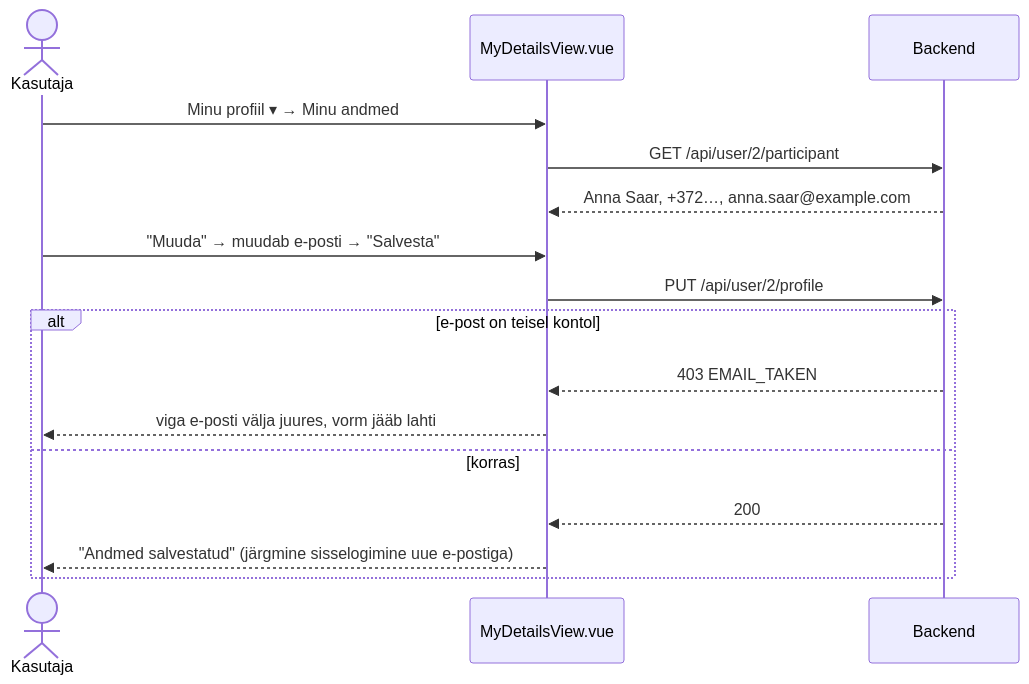
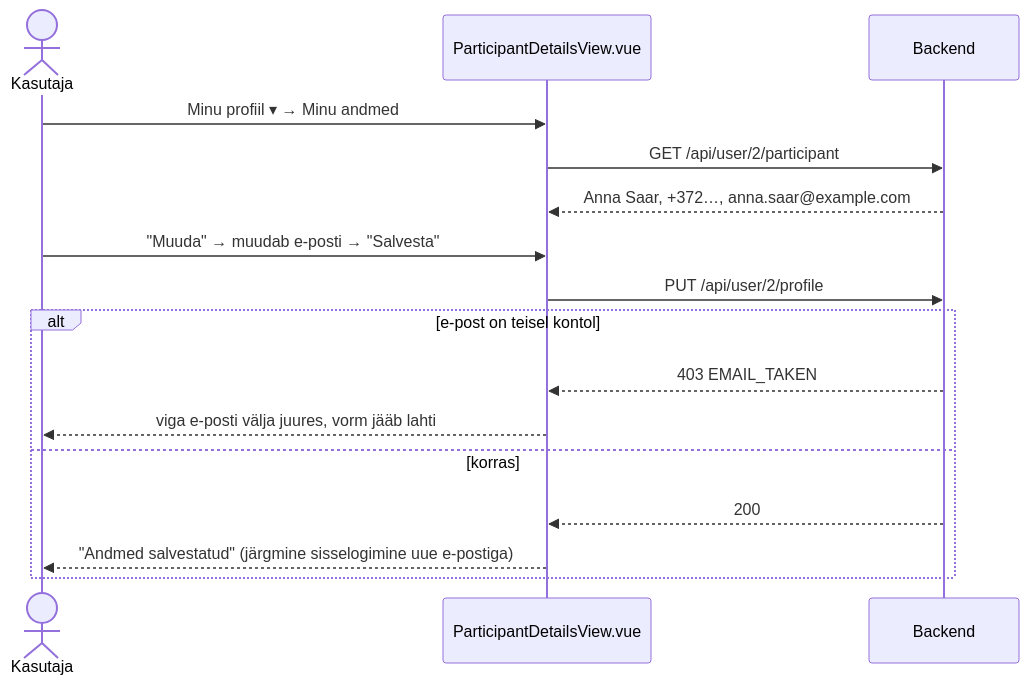
One commit to FredLehing/bcs-koolitused changed the second of 5 diagrams in docs/mock-wireframe/loo-mock-vaade/profile-view/profile-view-skeemid.md. Above: the diagram before and after it, drawn with Mermaid. The commit also changed other lines of this file and 4 other files, not shown here.

````diff
--- a/docs/mock-wireframe/loo-mock-vaade/profile-view/profile-view-skeemid.md
+++ b/docs/mock-wireframe/loo-mock-vaade/profile-view/profile-view-skeemid.md
@@ -114,19 +115,19 @@
 ```mermaid
 sequenceDiagram
     actor U as Kasutaja
-    participant V as MyDetailsView.vue
+    participant V as ParticipantDetailsView.vue
     participant BE as Backend
 
     U->>V: Minu profiil ▾ → Minu andmed
     V->>BE: GET /api/user/2/participant
     BE-->>V: Anna Saar, +372…, anna.saar@example.com
     U->>V: "Muuda" → muudab e-posti → "Salvesta"
     V->>BE: PUT /api/user/2/profile
     alt e-post on teisel kontol
         BE-->>V: 403 EMAIL_TAKEN
         V-->>U: viga e-posti välja juures, vorm jääb lahti
     else korras
         BE-->>V: 200
         V-->>U: "Andmed salvestatud" (järgmine sisselogimine uue e-postiga)
     end
 ```
````
